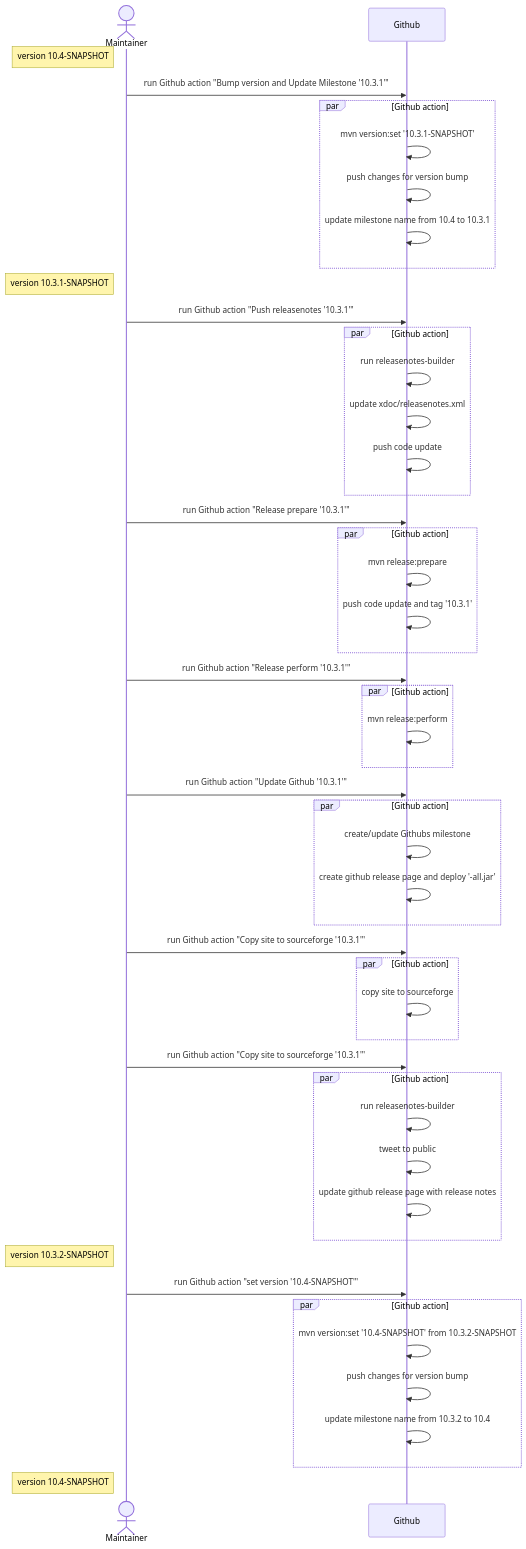
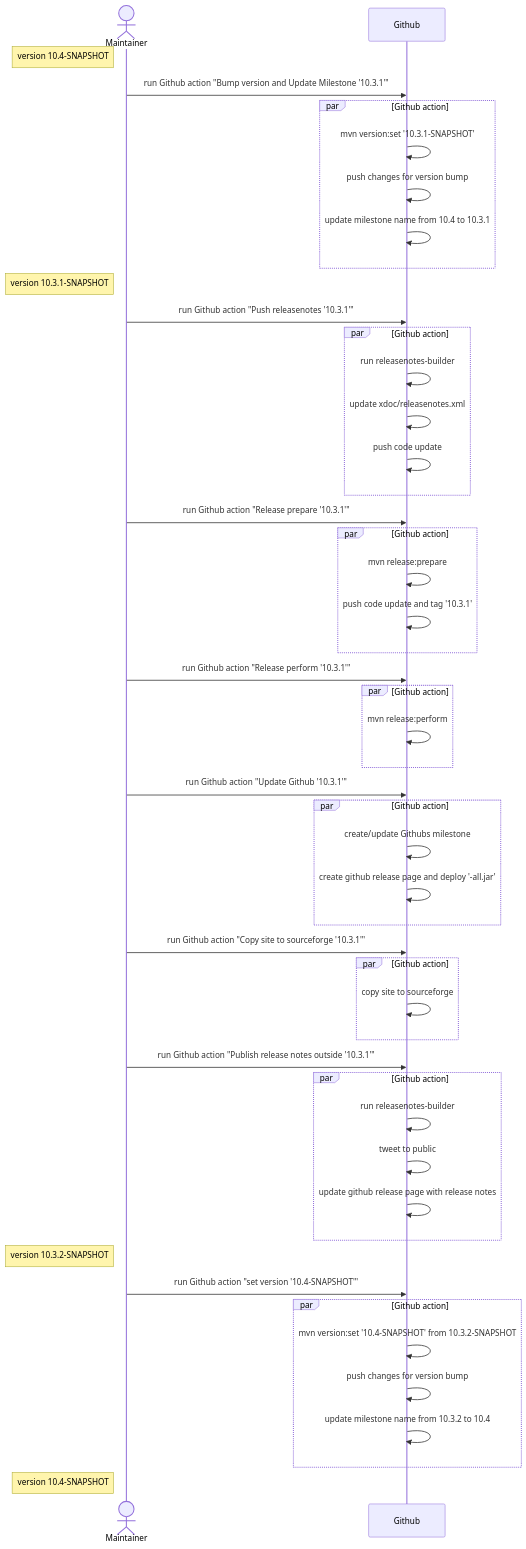
Before and after one commit to checkstyle/contribution: the diagram in releasenotes-builder/diagrams-manual-trigger.md, drawn with Mermaid.

Commit message:
doc: diag: fix name of Githbu action

````diff
--- a/releasenotes-builder/diagrams-manual-trigger.md
+++ b/releasenotes-builder/diagrams-manual-trigger.md
@@ -5,59 +5,59 @@
 ```mermaid
 sequenceDiagram
     actor Maintainer
     participant Github
 
     Note left of Maintainer: version 10.4-SNAPSHOT
     Maintainer->>Github: run Github action "Bump version and Update Milestone '10.3.1'"
     par Github action
         Github->>Github: mvn version:set '10.3.1-SNAPSHOT'
         Github->>Github: push changes for version bump
         Github->>Github: update milestone name from 10.4 to 10.3.1
     end
 
     Note left of Maintainer: version 10.3.1-SNAPSHOT
     Maintainer->>Github: run Github action "Push releasenotes '10.3.1'"
     par Github action
         Github->>Github: run releasenotes-builder
         Github->>Github: update xdoc/releasenotes.xml
         Github->>Github: push code update
     end
 
     Maintainer->>Github: run Github action "Release prepare '10.3.1'"
     par Github action
         Github->>Github: mvn release:prepare
         Github->>Github: push code update and tag '10.3.1'
     end
 
     Maintainer->>Github: run Github action "Release perform '10.3.1'"
     par Github action
         Github->>Github: mvn release:perform
     end
 
     Maintainer->>Github: run Github action "Update Github '10.3.1'"
     par Github action
         Github->>Github: create/update Githubs milestone
         Github->>Github: create github release page and deploy '-all.jar'
     end
 
     Maintainer->>Github: run Github action "Copy site to sourceforge '10.3.1'"
     par Github action
         Github->>Github:copy site to sourceforge
     end
 
-    Maintainer->>Github: run Github action "Copy site to sourceforge '10.3.1'"
+    Maintainer->>Github: run Github action "Publish release notes outside '10.3.1'"
     par Github action
         Github->>Github:run releasenotes-builder
         Github->>Github:tweet to public
         Github->>Github:update github release page with release notes
     end
 
     Note left of Maintainer: version 10.3.2-SNAPSHOT
     Maintainer->>Github: run Github action "set version '10.4-SNAPSHOT'"
     par Github action
         Github->>Github: mvn version:set '10.4-SNAPSHOT' from 10.3.2-SNAPSHOT
         Github->>Github: push changes for version bump
         Github->>Github: update milestone name from 10.3.2 to 10.4
     end
     Note left of Maintainer: version 10.4-SNAPSHOT
 ```
````
